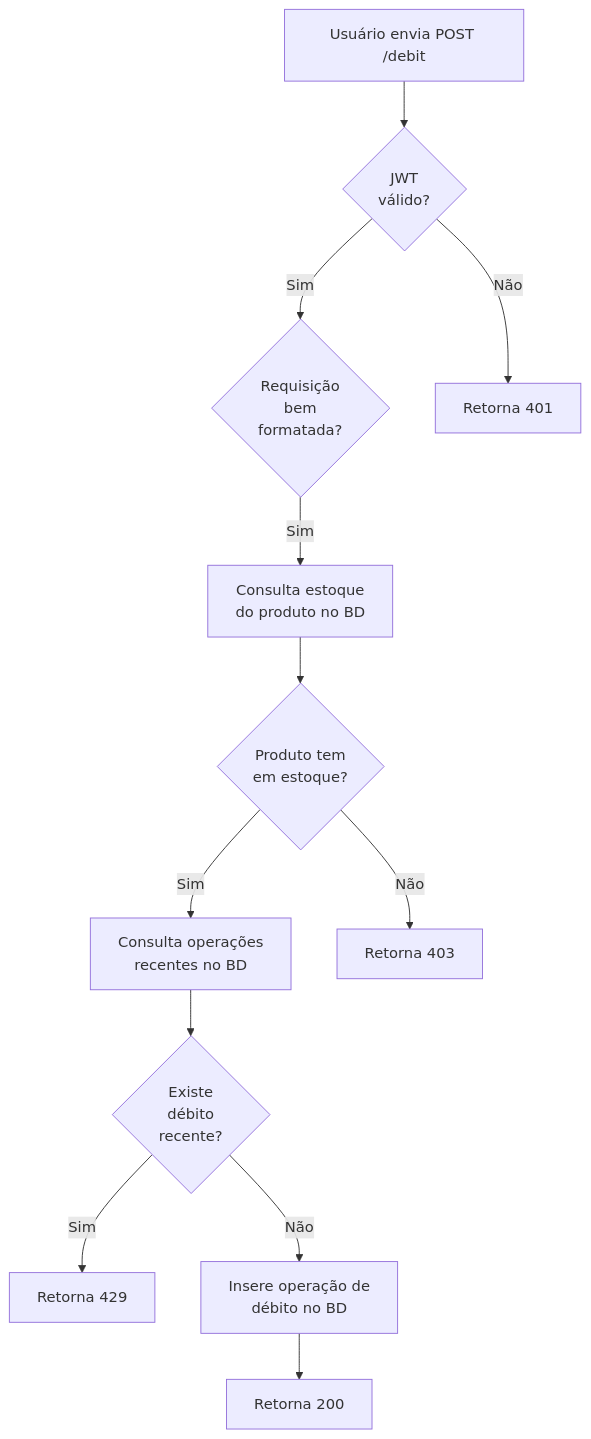
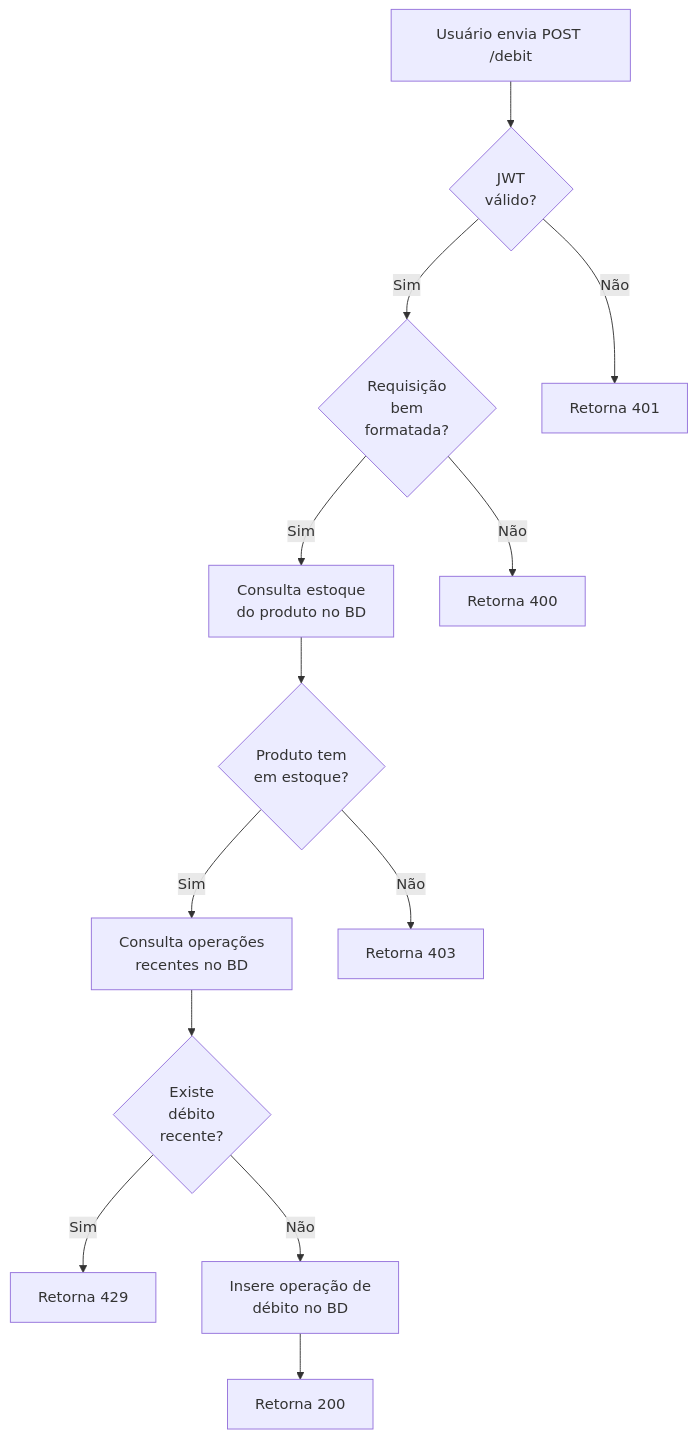
Before and after one commit to feira-de-jogos/feira-de-jogos: the fifth of 7 diagrams in v2/README.md, drawn with Mermaid. The commit also changed other lines of this file, not shown here.

````diff
--- a/v2/README.md
+++ b/v2/README.md
@@ -108,27 +108,29 @@
 ```mermaid
 flowchart TD
   A[Usuário envia POST /debit]
   B
   C
   D[Retorna 401]
   E[Consulta estoque\ndo produto no BD]
   F
   G[Consulta operações\nrecentes no BD]
   H[Retorna 403]
   I
   J[Retorna 429]
   K[Insere operação de\n  débito no BD]
   L[Retorna 200]
+  M[Retorna 400]
 
   A --> B{JWT\nválido?}
   B -->|Sim| C{Requisição\nbem\nformatada?}
   B -->|Não| D
   C --> |Sim| E
+  C --> |Não| M
   E --> F{Produto tem\nem estoque?}
   F --> |Sim| G
   F --> |Não| H
   G --> I{Existe\n  débito\nrecente?}
   I --> |Sim| J
   I --> |Não| K
   K --> L
 ```
````
